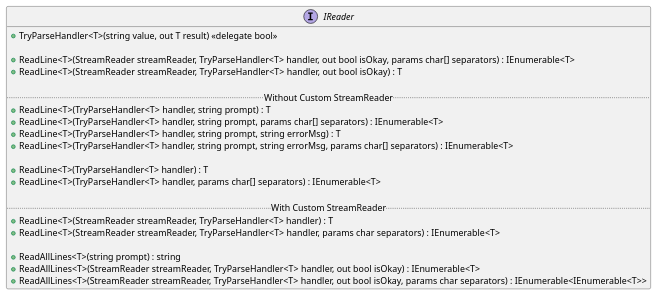
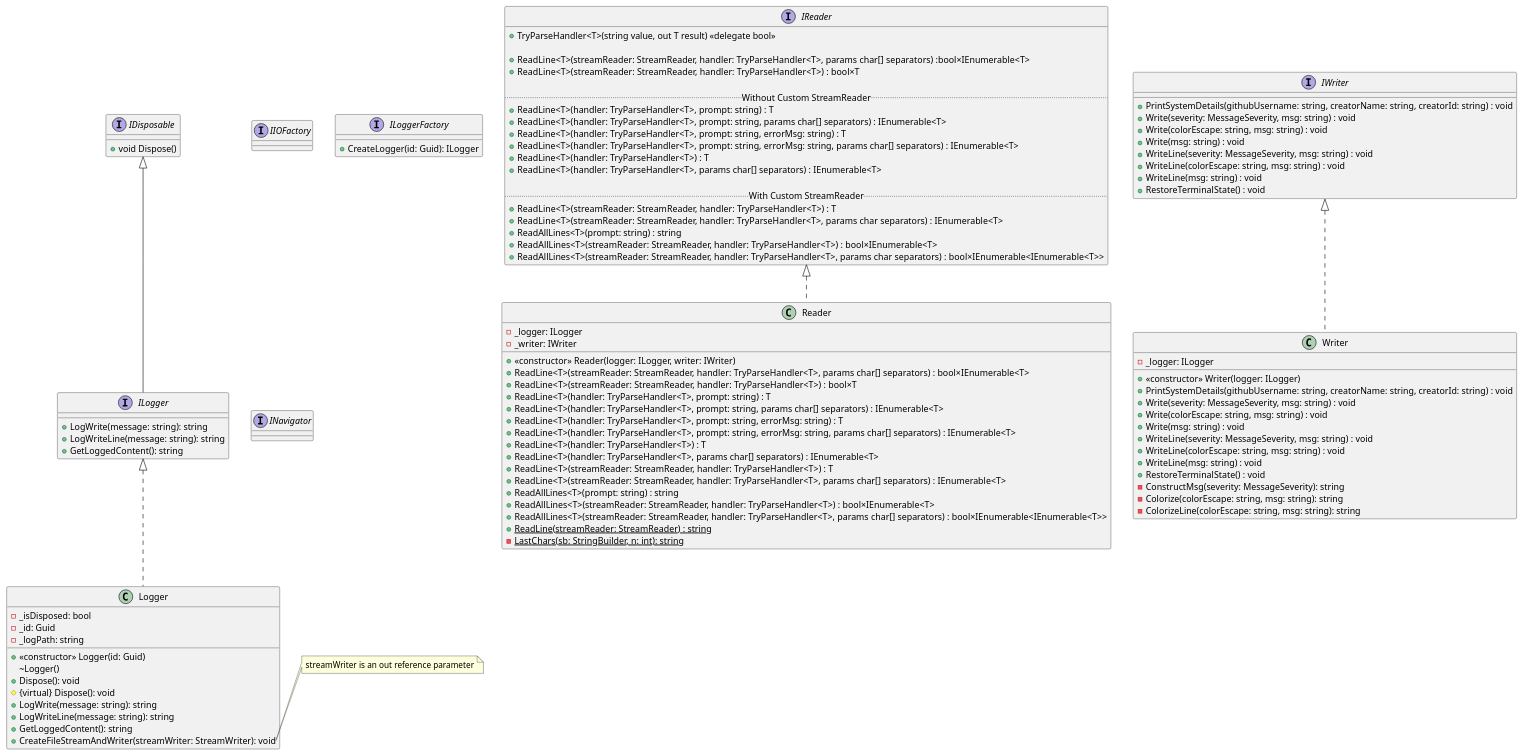
One commit to kougen/dotnet-core changed the diagram in uml/classes.puml. Above: the diagram before and after it, drawn with PlantUML. The commit also changed 3 other files, not shown here.

```diff
--- a/uml/classes.puml
+++ b/uml/classes.puml
@@ -1,27 +1,115 @@
 @startuml IO
 
 interface IReader{
     +TryParseHandler<T>(string value, out T result) <<delegate bool>>
 
-    +ReadLine<T>(StreamReader streamReader, TryParseHandler<T> handler, out bool isOkay, params char[] separators) : IEnumerable<T> 
-    +ReadLine<T>(StreamReader streamReader, TryParseHandler<T> handler, out bool isOkay) : T
+    +ReadLine<T>(streamReader: StreamReader, handler: TryParseHandler<T>, params char[] separators) :bool×IEnumerable<T> 
+    +ReadLine<T>(streamReader: StreamReader, handler: TryParseHandler<T>) : bool×T
 
     .. Without Custom StreamReader ..
-    +ReadLine<T>(TryParseHandler<T> handler, string prompt) : T
-    +ReadLine<T>(TryParseHandler<T> handler, string prompt, params char[] separators) : IEnumerable<T>
-    +ReadLine<T>(TryParseHandler<T> handler, string prompt, string errorMsg) : T
-    +ReadLine<T>(TryParseHandler<T> handler, string prompt, string errorMsg, params char[] separators) : IEnumerable<T>
-    
-    +ReadLine<T>(TryParseHandler<T> handler) : T 
-    +ReadLine<T>(TryParseHandler<T> handler, params char[] separators) : IEnumerable<T> 
+    +ReadLine<T>(handler: TryParseHandler<T>, prompt: string) : T
+    +ReadLine<T>(handler: TryParseHandler<T>, prompt: string, params char[] separators) : IEnumerable<T>
+    +ReadLine<T>(handler: TryParseHandler<T>, prompt: string, errorMsg: string) : T
+    +ReadLine<T>(handler: TryParseHandler<T>, prompt: string, errorMsg: string, params char[] separators) : IEnumerable<T>
+    +ReadLine<T>(handler: TryParseHandler<T>) : T 
+    +ReadLine<T>(handler: TryParseHandler<T>, params char[] separators) : IEnumerable<T> 
 
     .. With Custom StreamReader ..
-    +ReadLine<T>(StreamReader streamReader, TryParseHandler<T> handler) : T
-    +ReadLine<T>(StreamReader streamReader, TryParseHandler<T> handler, params char separators) : IEnumerable<T>
-
-    +ReadAllLines<T>(string prompt) : string
-    +ReadAllLines<T>(StreamReader streamReader, TryParseHandler<T> handler, out bool isOkay) : IEnumerable<T>
-    +ReadAllLines<T>(StreamReader streamReader, TryParseHandler<T> handler, out bool isOkay, params char separators) : IEnumerable<IEnumerable<T>>
+    +ReadLine<T>(streamReader: StreamReader, handler: TryParseHandler<T>) : T
+    +ReadLine<T>(streamReader: StreamReader, handler: TryParseHandler<T>, params char separators) : IEnumerable<T>
+    +ReadAllLines<T>(prompt: string) : string
+    +ReadAllLines<T>(streamReader: StreamReader, handler: TryParseHandler<T>) : bool×IEnumerable<T>
+    +ReadAllLines<T>(streamReader: StreamReader, handler: TryParseHandler<T>, params char separators) : bool×IEnumerable<IEnumerable<T>>
 }
 
+class Reader implements IReader{
+    - _logger: ILogger
+    - _writer: IWriter
+    + <<constructor>> Reader(logger: ILogger, writer: IWriter)
+    + ReadLine<T>(streamReader: StreamReader, handler: TryParseHandler<T>, params char[] separators) : bool×IEnumerable<T> 
+    + ReadLine<T>(streamReader: StreamReader, handler: TryParseHandler<T>) : bool×T
+    + ReadLine<T>(handler: TryParseHandler<T>, prompt: string) : T
+    + ReadLine<T>(handler: TryParseHandler<T>, prompt: string, params char[] separators) : IEnumerable<T>
+    + ReadLine<T>(handler: TryParseHandler<T>, prompt: string, errorMsg: string) : T
+    + ReadLine<T>(handler: TryParseHandler<T>, prompt: string, errorMsg: string, params char[] separators) : IEnumerable<T>
+    + ReadLine<T>(handler: TryParseHandler<T>) : T 
+    + ReadLine<T>(handler: TryParseHandler<T>, params char[] separators) : IEnumerable<T> 
+    + ReadLine<T>(streamReader: StreamReader, handler: TryParseHandler<T>) : T
+    + ReadLine<T>(streamReader: StreamReader, handler: TryParseHandler<T>, params char[] separators) : IEnumerable<T>
+    + ReadAllLines<T>(prompt: string) : string
+    + ReadAllLines<T>(streamReader: StreamReader, handler: TryParseHandler<T>) : bool×IEnumerable<T>
+    + ReadAllLines<T>(streamReader: StreamReader, handler: TryParseHandler<T>, params char[] separators) : bool×IEnumerable<IEnumerable<T>>
+    {static} + ReadLine(streamReader: StreamReader) : string
+    {static} - LastChars(sb: StringBuilder, n: int): string
+}
+
+interface IWriter{
+    + PrintSystemDetails(githubUsername: string, creatorName: string, creatorId: string) : void
+    + Write(severity: MessageSeverity, msg: string) : void
+    + Write(colorEscape: string, msg: string) : void
+    + Write(msg: string) : void
+    + WriteLine(severity: MessageSeverity, msg: string) : void
+    + WriteLine(colorEscape: string, msg: string) : void
+    + WriteLine(msg: string) : void
+    + RestoreTerminalState() : void
+}
+
+class Writer implements IWriter{
+    -_logger: ILogger
+    + <<constructor>> Writer(logger: ILogger)
+    + PrintSystemDetails(githubUsername: string, creatorName: string, creatorId: string) : void
+    + Write(severity: MessageSeverity, msg: string) : void
+    + Write(colorEscape: string, msg: string) : void
+    + Write(msg: string) : void
+    + WriteLine(severity: MessageSeverity, msg: string) : void
+    + WriteLine(colorEscape: string, msg: string) : void
+    + WriteLine(msg: string) : void
+    + RestoreTerminalState() : void
+    - ConstructMsg(severity: MessageSeverity): string
+    - Colorize(colorEscape: string, msg: string): string
+    - ColorizeLine(colorEscape: string, msg: string): string
+}
+
+interface IIOFactory{
+
+}
+
+interface IDisposable {
+    + void Dispose()
+}
+
+interface ILogger extends IDisposable{
+    + LogWrite(message: string): string
+    + LogWriteLine(message: string): string
+    + GetLoggedContent(): string
+}
+
+class Logger implements ILogger{
+    - _isDisposed: bool
+    - _id: Guid
+    - _logPath: string
+    + <<constructor>> Logger(id: Guid)
+    \~Logger()
+    + Dispose(): void
+    # {virtual} Dispose(): void
+    + LogWrite(message: string): string
+    + LogWriteLine(message: string): string
+    + GetLoggedContent(): string
+    + CreateFileStreamAndWriter(streamWriter: StreamWriter): void
+}
+
+note right of Logger::CreateFileStreamAndWriter
+    streamWriter is an out reference parameter
+end note
+
+interface ILoggerFactory{
+    + CreateLogger(id: Guid): ILogger
+}
+
+interface INavigator{
+
+}
+
+
+
 @enduml
```
